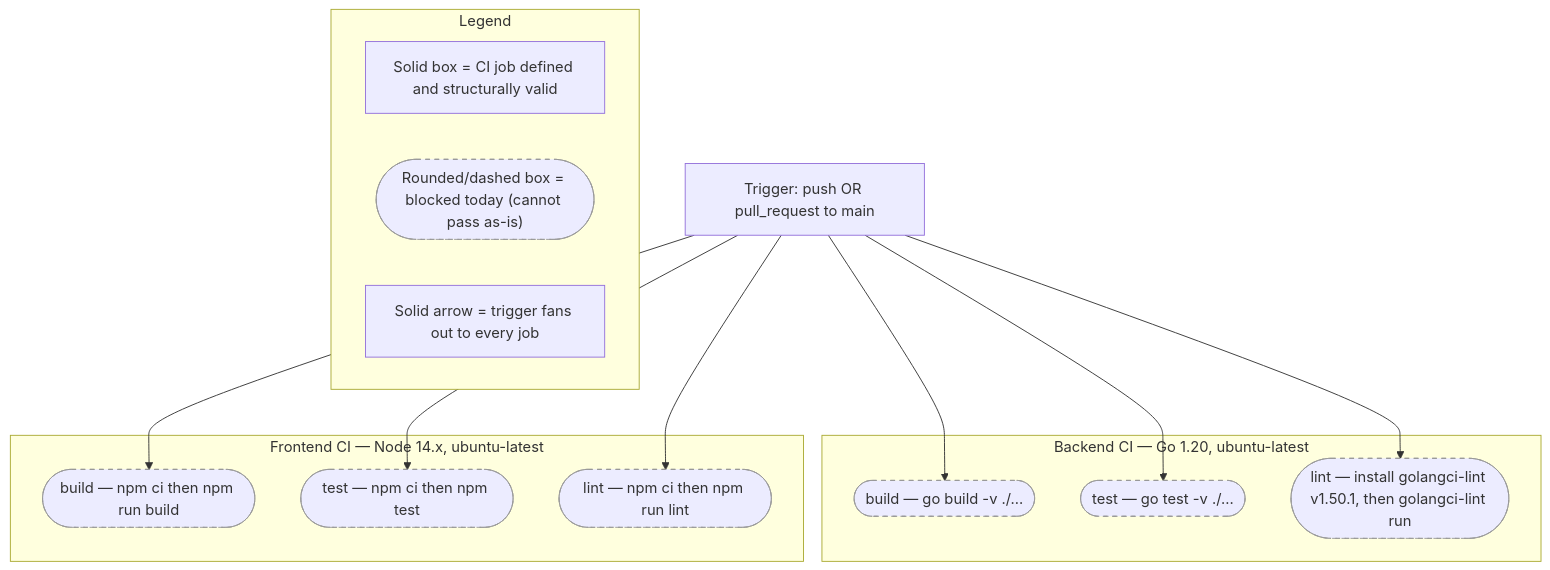
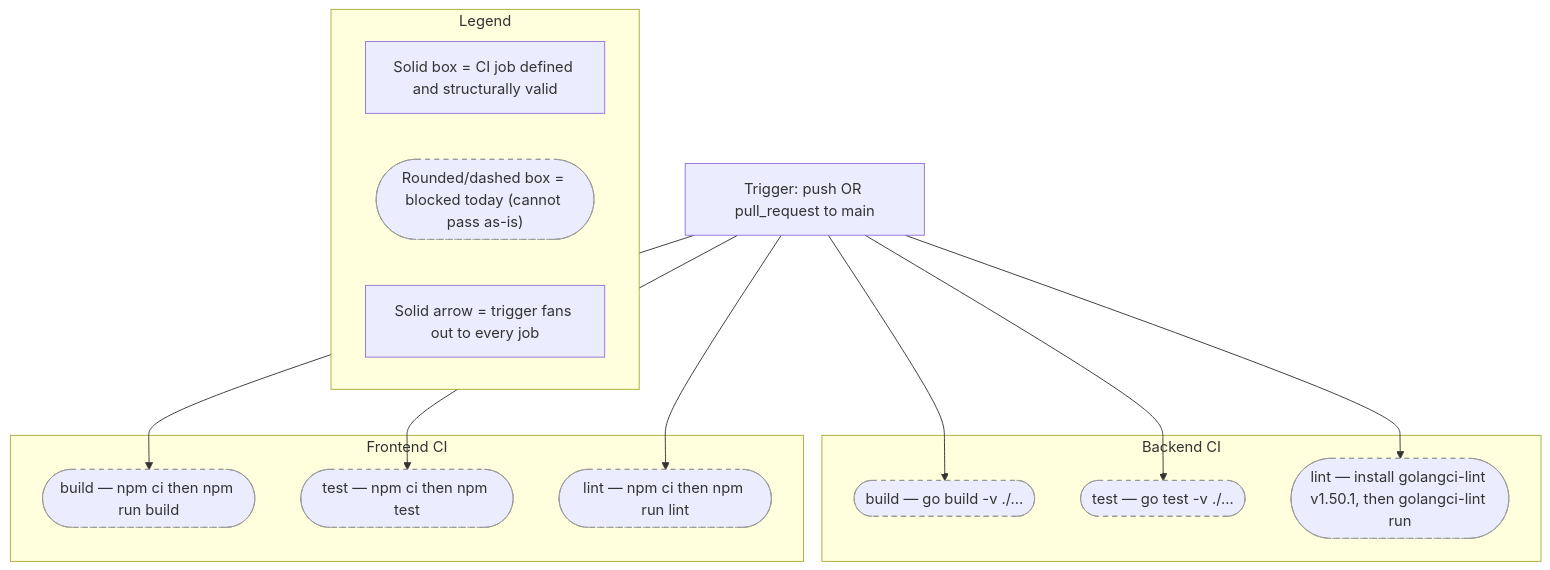
Before and after one commit to blitzy-public-samples/blockchain-integration-6edhrq: the diagram in docs/contributing/development.md, drawn with Mermaid. The commit also changed other lines of this file and 25 other files, not shown here.

````diff
--- a/docs/contributing/development.md
+++ b/docs/contributing/development.md
@@ -32,33 +32,42 @@
 ```mermaid
 flowchart TB
+    %% Cluster-caption budget: Mermaid wraps a subgraph caption on its own internal
+    %% ~200px band (the inner div carries max-width:200px) which flowchart.wrappingWidth
+    %% does NOT widen, and it reserves only ONE caption line before the first child row.
+    %% Measured in Mermaid 11.4.0: clearance = 13.5 - 24 x (lines - 1) user units, so a
+    %% two-line caption already paints over the first node. Browser-measured on a 20px
+    %% sans ramp as well: a 17-character caption stays on one line, 21 characters wrap.
+    %% Keep every caption to ONE line -- at most ~17 characters and no em dash. The
+    %% detail these captions used to carry is stated in the legend keys and in the
+    %% cited prose around this figure.
     subgraph Legend_C1["Legend"]
         LG1["Solid box = CI job defined and structurally valid"]
         LG2(["Rounded/dashed box = blocked today (cannot pass as-is)"])
         LG3["Solid arrow = trigger fans out to every job"]
     end
 
     Trigger["Trigger: push OR pull_request to main"]
 
-    subgraph BE["Backend CI — Go 1.20, ubuntu-latest"]
+    subgraph BE["Backend CI"]
         B1(["build — go build -v ./..."])
         B2(["test — go test -v ./..."])
         B3(["lint — install golangci-lint v1.50.1, then golangci-lint run"])
     end
 
-    subgraph FE["Frontend CI — Node 14.x, ubuntu-latest"]
+    subgraph FE["Frontend CI"]
         F1(["build — npm ci then npm run build"])
         F2(["test — npm ci then npm test"])
         F3(["lint — npm ci then npm run lint"])
     end
 
     Trigger --> B1
     Trigger --> B2
     Trigger --> B3
     Trigger --> F1
     Trigger --> F2
     Trigger --> F3
 
     class B1,B2,B3,F1,F2,F3,LG2 blockedStyle
     classDef blockedStyle stroke-dasharray: 5 5,stroke:#999999,color:#333333
     %% Legend: solid box = defined & valid job; rounded/dashed box = blocked today; solid arrow = trigger fan-out
 ```
````
